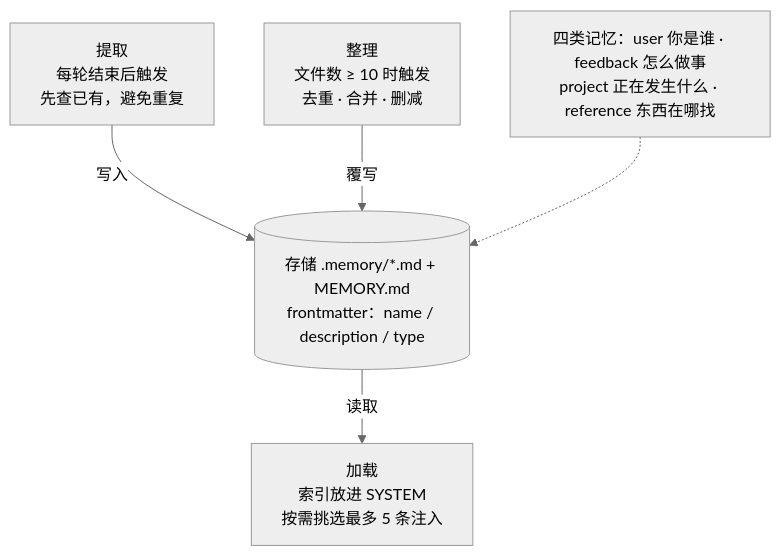
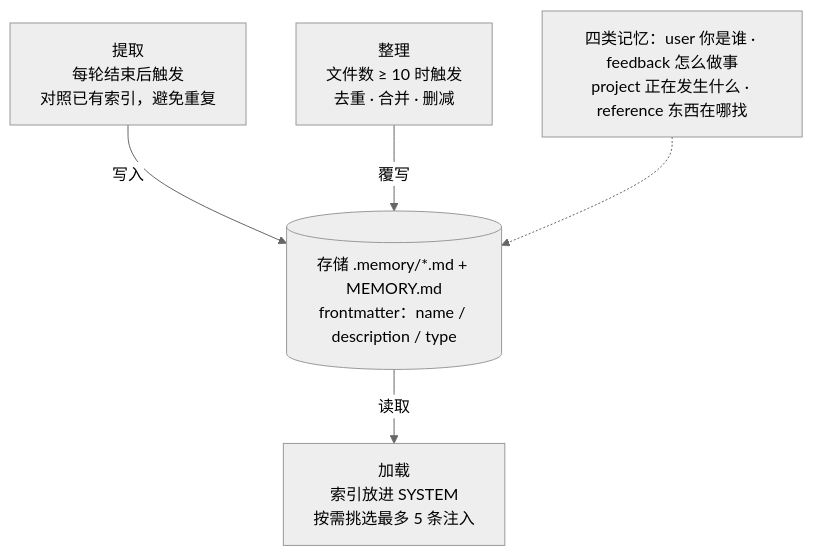
One commit to shengxinjing/build-your-agent changed the second of 2 diagrams in code-agent-course/s09-memory.md. Above: the diagram before and after it, drawn with Mermaid (neutral theme). The commit also changed other lines of this file and 13 other files, not shown here.

````diff
--- a/code-agent-course/s09-memory.md
+++ b/code-agent-course/s09-memory.md
@@ -35,7 +33,7 @@
 ```mermaid
 flowchart TD
-  EX["提取<br/>每轮结束后触发<br/>先查已有，避免重复"] -->|写入| ST
+  EX["提取<br/>每轮结束后触发<br/>对照已有索引，避免重复"] -->|写入| ST
   CO["整理<br/>文件数 ≥ 10 时触发<br/>去重 · 合并 · 删减"] -->|覆写| ST
   ST[("存储 .memory/*.md + MEMORY.md<br/>frontmatter：name / description / type")] -->|读取| LO["加载<br/>索引放进 SYSTEM<br/>按需挑选最多 5 条注入"]
   TYPES["四类记忆：user 你是谁 · feedback 怎么做事<br/>project 正在发生什么 · reference 东西在哪找"] -.-> ST
 ```
````
